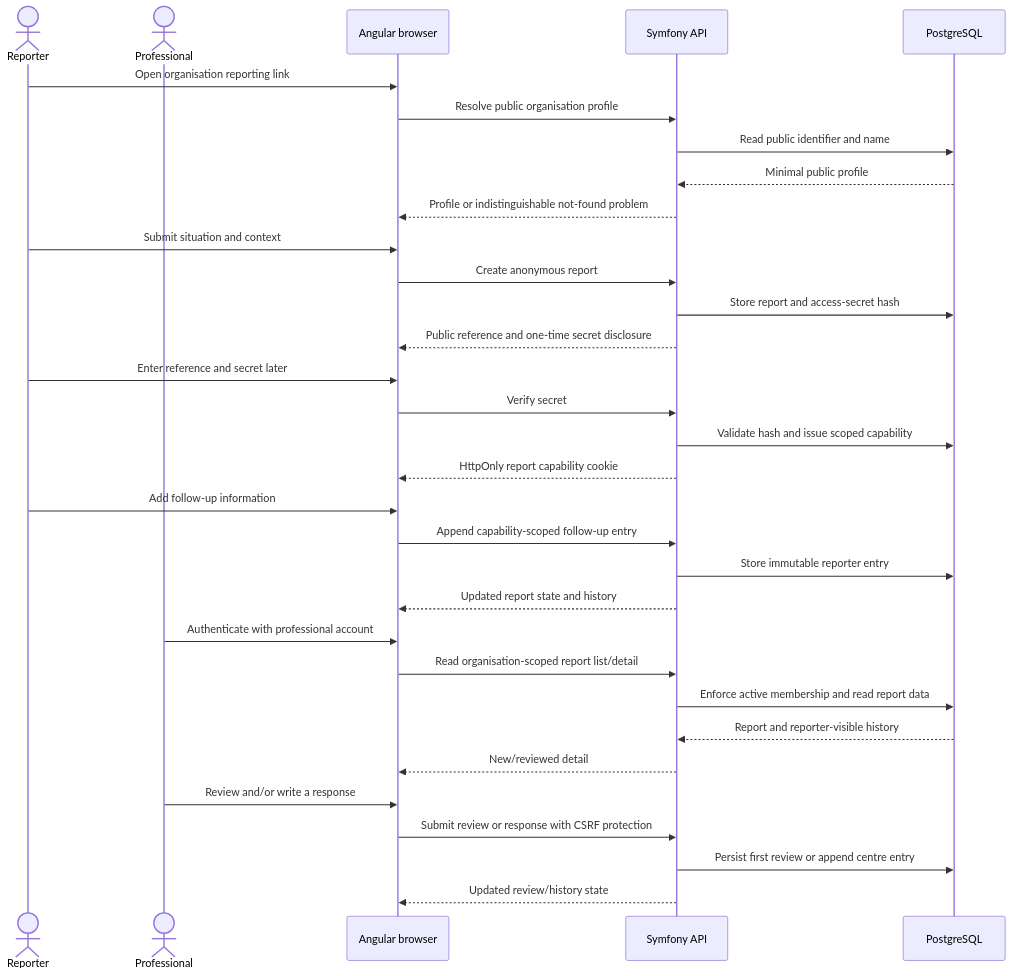
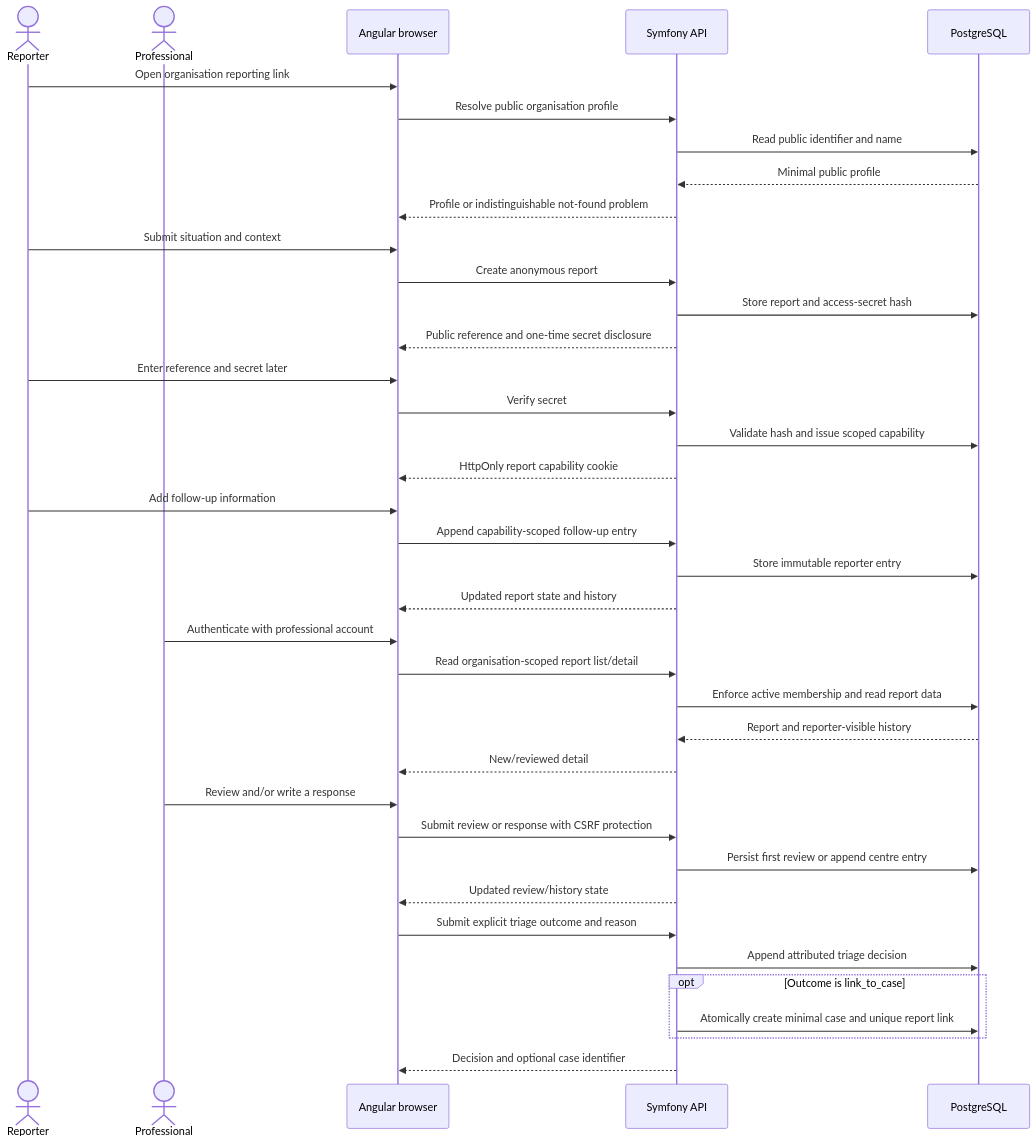
The diagram in docs/architecture/diagrams/reporting-sequence.md (albertogalvez-dev/Convive), drawn with Mermaid before and after one commit. The commit also changed 12 other files, not shown here.

Commit message:
feat: expose authorised report triage

````diff
--- a/docs/architecture/diagrams/reporting-sequence.md
+++ b/docs/architecture/diagrams/reporting-sequence.md
@@ -7,36 +7,42 @@
 ```mermaid
 sequenceDiagram
     actor Reporter
     actor Professional
     participant Browser as Angular browser
     participant API as Symfony API
     participant DB as PostgreSQL
 
     Reporter->>Browser: Open organisation reporting link
     Browser->>API: Resolve public organisation profile
     API->>DB: Read public identifier and name
     DB-->>API: Minimal public profile
     API-->>Browser: Profile or indistinguishable not-found problem
     Reporter->>Browser: Submit situation and context
     Browser->>API: Create anonymous report
     API->>DB: Store report and access-secret hash
     API-->>Browser: Public reference and one-time secret disclosure
     Reporter->>Browser: Enter reference and secret later
     Browser->>API: Verify secret
     API->>DB: Validate hash and issue scoped capability
     API-->>Browser: HttpOnly report capability cookie
     Reporter->>Browser: Add follow-up information
     Browser->>API: Append capability-scoped follow-up entry
     API->>DB: Store immutable reporter entry
     API-->>Browser: Updated report state and history
 
     Professional->>Browser: Authenticate with professional account
     Browser->>API: Read organisation-scoped report list/detail
     API->>DB: Enforce active membership and read report data
     DB-->>API: Report and reporter-visible history
     API-->>Browser: New/reviewed detail
     Professional->>Browser: Review and/or write a response
     Browser->>API: Submit review or response with CSRF protection
     API->>DB: Persist first review or append centre entry
     API-->>Browser: Updated review/history state
+    Browser->>API: Submit explicit triage outcome and reason
+    API->>DB: Append attributed triage decision
+    opt Outcome is link_to_case
+        API->>DB: Atomically create minimal case and unique report link
+    end
+    API-->>Browser: Decision and optional case identifier
 ```
````
